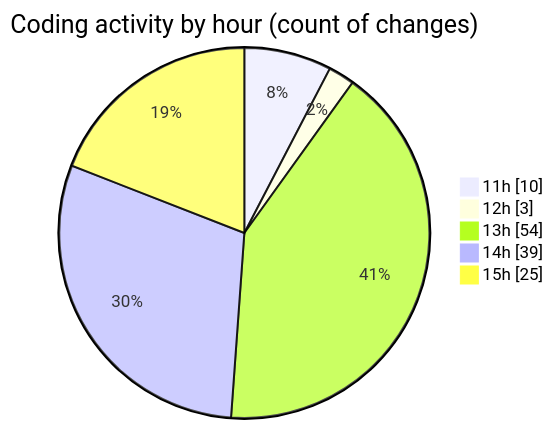
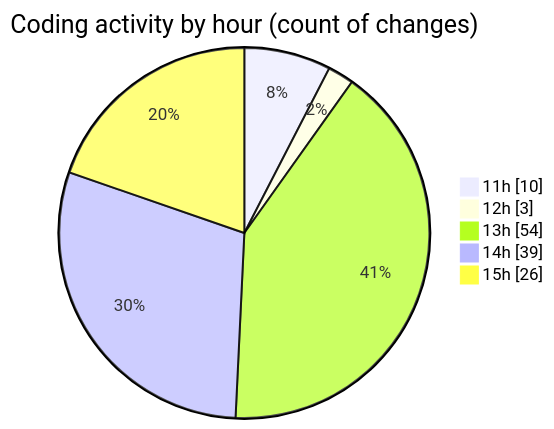
Before and after one commit to momahboobian/code-tracking: the second of 2 diagrams in 2025-02-14/cda/README.md, drawn with Mermaid. The commit also changed other lines of this file and 1 other file, not shown here.

````diff
--- a/2025-02-14/cda/README.md
+++ b/2025-02-14/cda/README.md
@@ -37,9 +37,9 @@
 ```mermaid
 pie showData
 title Coding activity by hour (count of changes)
 "11h" : 10
 "12h" : 3
 "13h" : 54
 "14h" : 39
-"15h" : 25
+"15h" : 26
 ```
````
